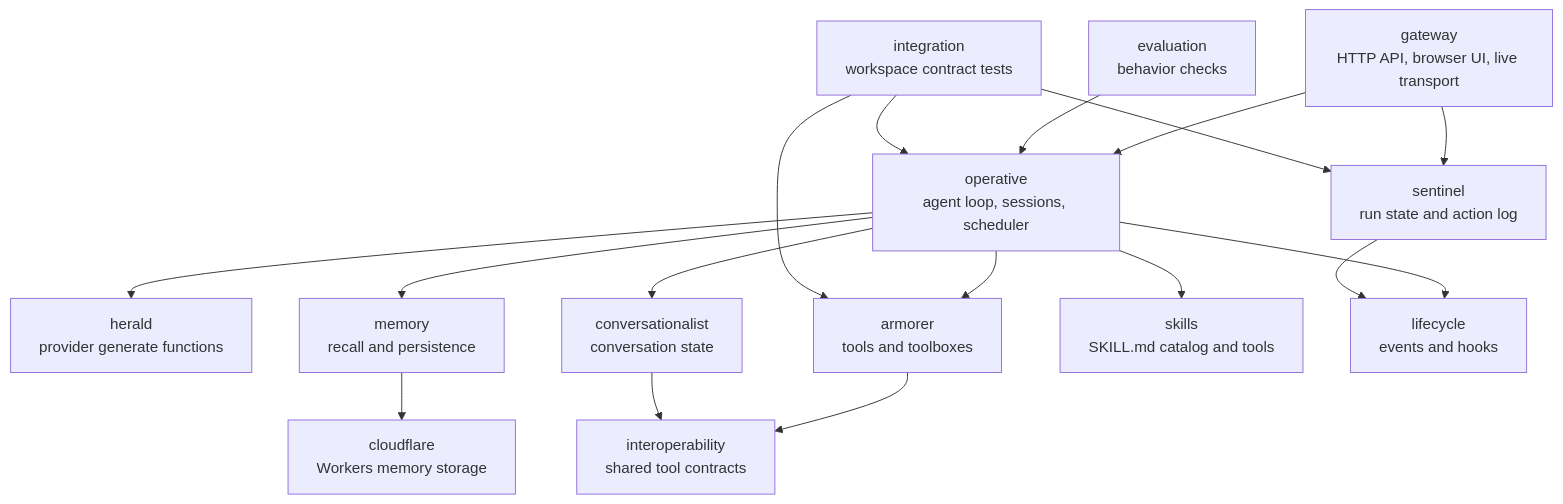
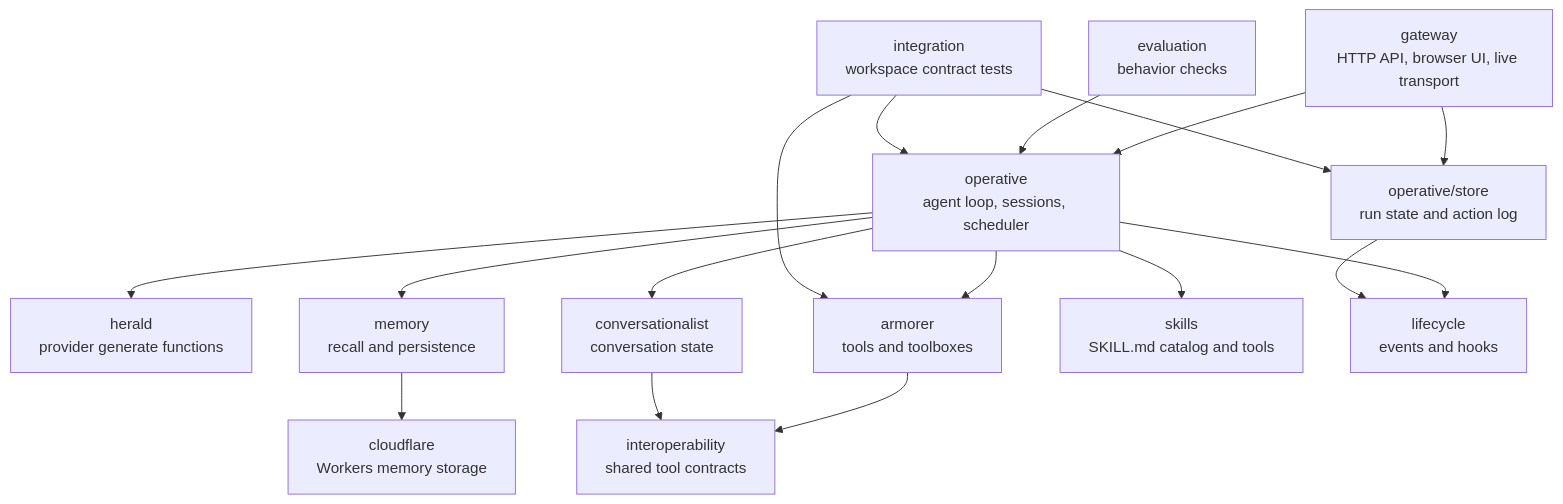
The diagram in README.md (stevekinney/agent-bureau), drawn with Mermaid before and after one commit. The commit also changed other lines of this file and 57 other files, not shown here.

````diff
--- a/README.md
+++ b/README.md
@@ -19,19 +19,19 @@
 ```mermaid
 flowchart TD
   gateway["gateway\nHTTP API, browser UI, live transport"] --> operative["operative\nagent loop, sessions, scheduler"]
-  gateway --> sentinel["sentinel\nrun state and action log"]
+  gateway --> operative_store["operative/store\nrun state and action log"]
   operative --> herald["herald\nprovider generate functions"]
   operative --> armorer["armorer\ntools and toolboxes"]
   operative --> conversationalist["conversationalist\nconversation state"]
   operative --> memory["memory\nrecall and persistence"]
   operative --> skills["skills\nSKILL.md catalog and tools"]
   memory --> cloudflare["cloudflare\nWorkers memory storage"]
   armorer --> interoperability["interoperability\nshared tool contracts"]
   conversationalist --> interoperability
   operative --> lifecycle["lifecycle\nevents and hooks"]
-  sentinel --> lifecycle
+  operative_store --> lifecycle
   evaluation["evaluation\nbehavior checks"] --> operative
   integration["integration\nworkspace contract tests"] --> armorer
   integration --> operative
-  integration --> sentinel
+  integration --> operative_store
 ```
````
